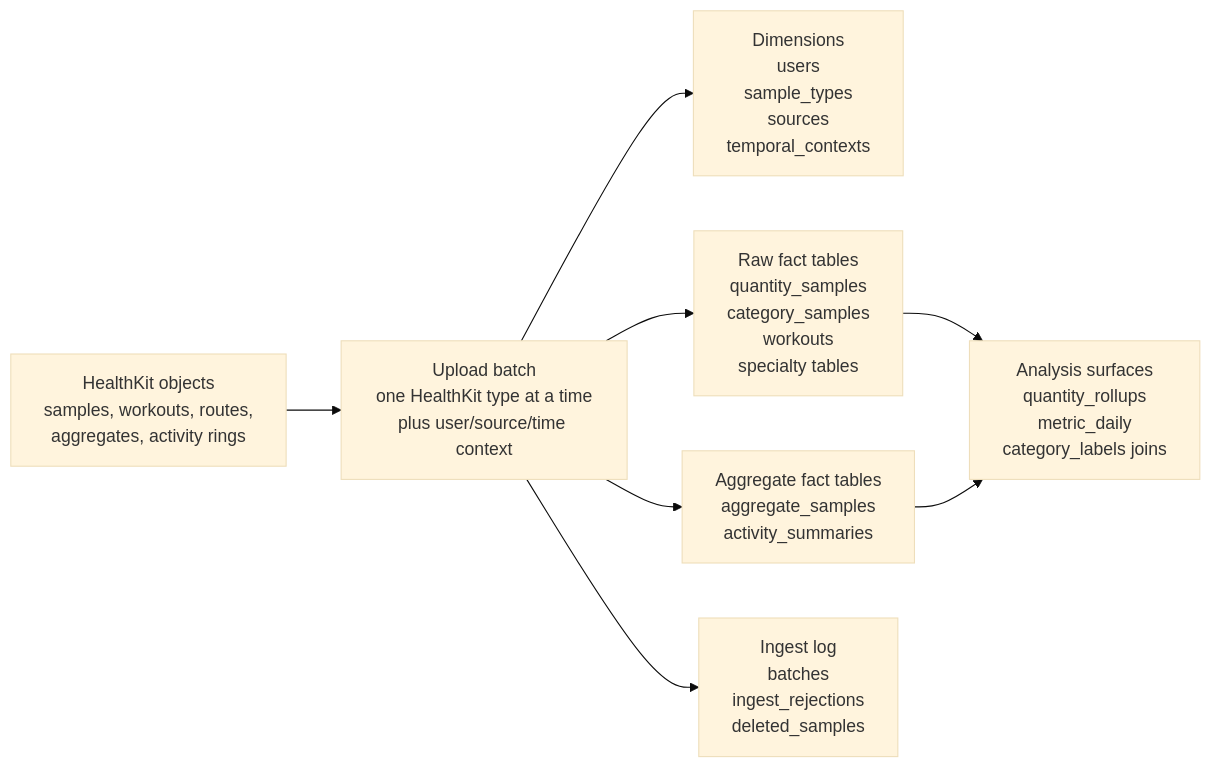
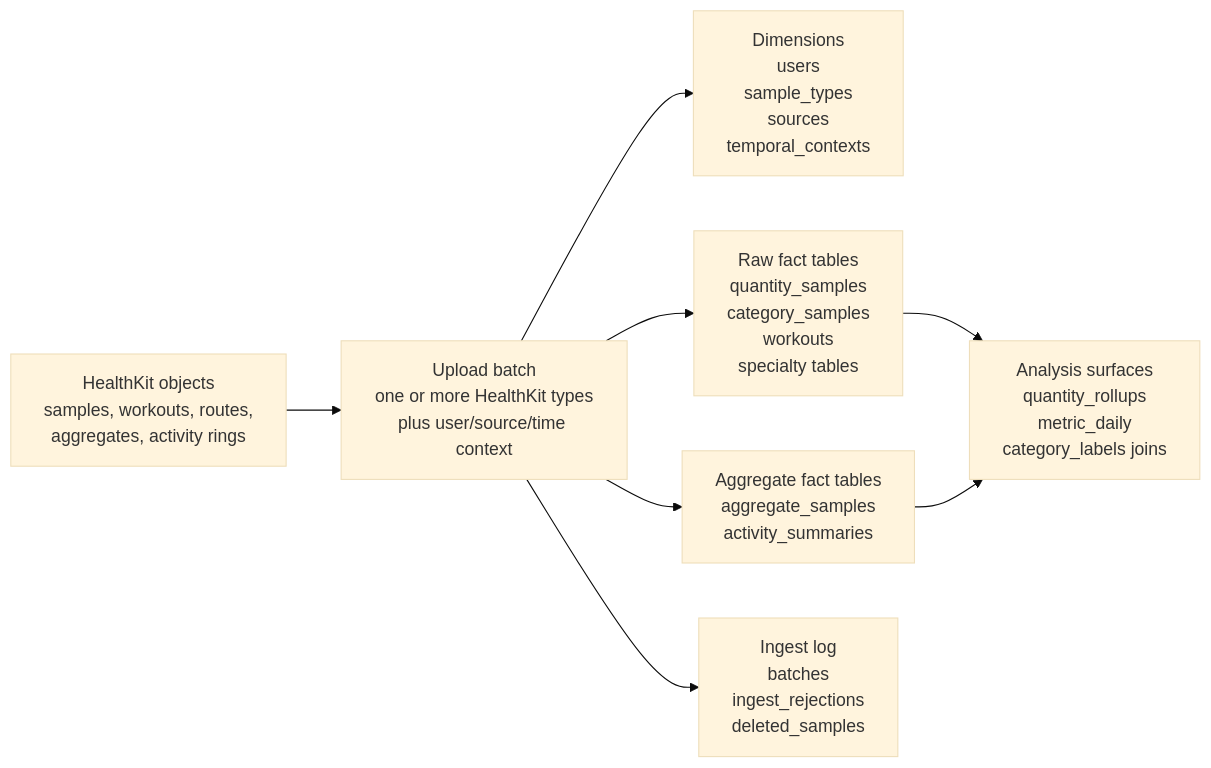
The first of 2 diagrams in docs/database-guide.md (PulsHealth/pulshealth), drawn with Mermaid (base theme) before and after one commit. The commit also changed other lines of this file and 34 other files, not shown here.

````diff
--- a/docs/database-guide.md
+++ b/docs/database-guide.md
@@ -20,18 +20,18 @@
 ```mermaid
 flowchart LR
   HK["HealthKit objects\nsamples, workouts, routes,\naggregates, activity rings"]
-  Batch["Upload batch\none HealthKit type at a time\nplus user/source/time context"]
+  Batch["Upload batch\none or more HealthKit types\nplus user/source/time context"]
   Lookups["Dimensions\nusers\nsample_types\nsources\ntemporal_contexts"]
   Facts["Raw fact tables\nquantity_samples\ncategory_samples\nworkouts\nspecialty tables"]
   Aggregates["Aggregate fact tables\naggregate_samples\nactivity_summaries"]
   Derived["Analysis surfaces\nquantity_rollups\nmetric_daily\ncategory_labels joins"]
   Ops["Ingest log\nbatches\ningest_rejections\ndeleted_samples"]
 
   HK --> Batch
   Batch --> Lookups
   Batch --> Facts
   Batch --> Aggregates
   Batch --> Ops
   Facts --> Derived
   Aggregates --> Derived
 ```
````
